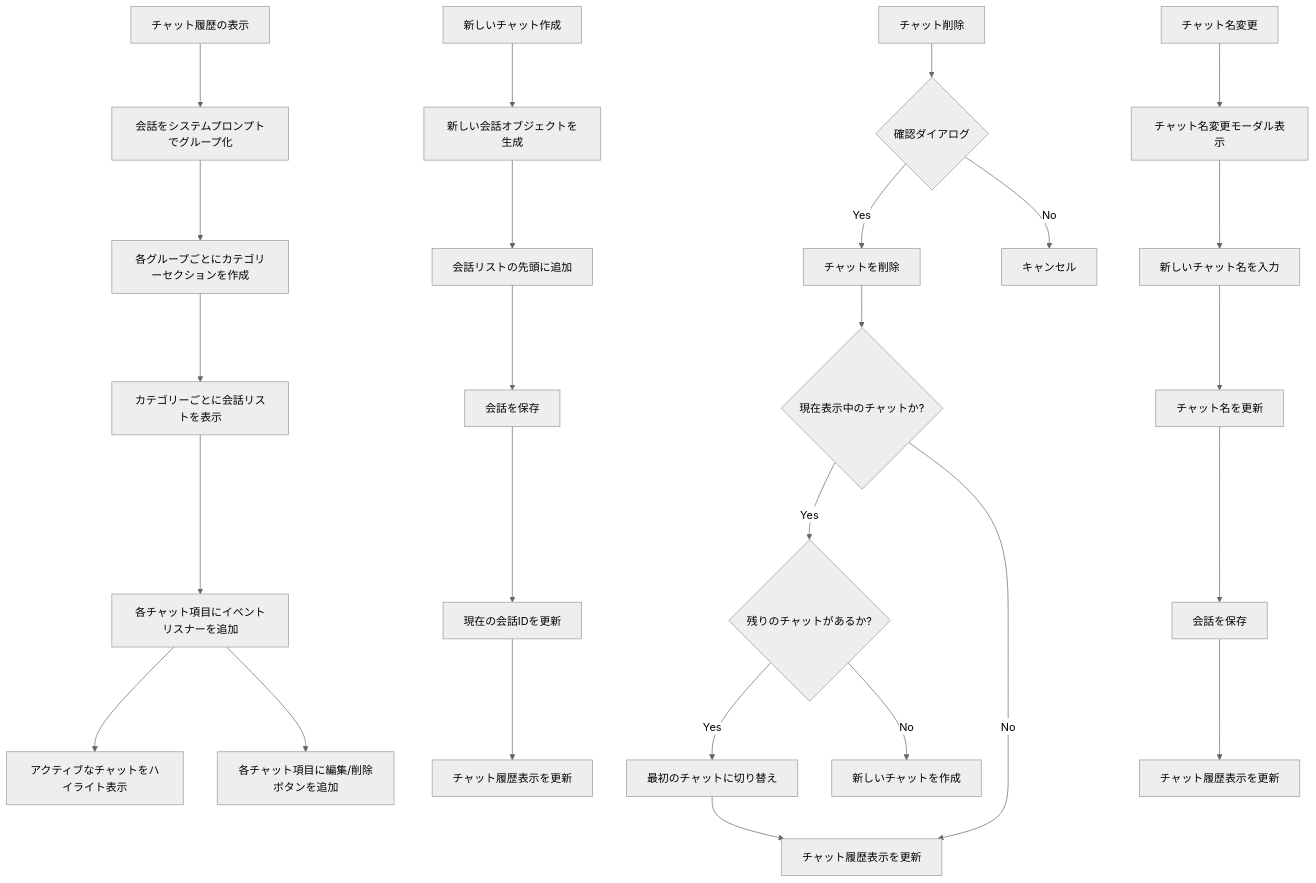
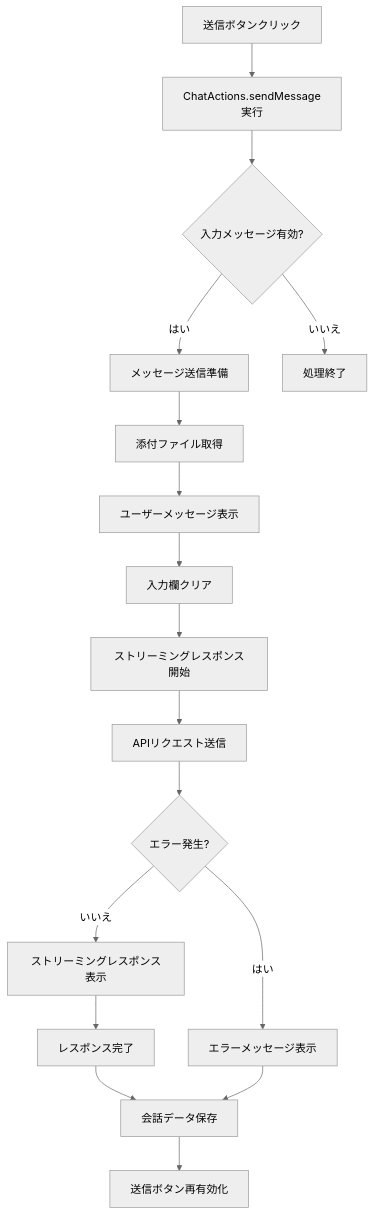
One commit to SuperPyonchiX/ChatBot changed the fifth of 9 diagrams in ChatBot_設計仕様書.md. Above: the diagram before and after it, drawn with Mermaid (neutral theme). The commit also changed other lines of this file, not shown here.

````diff
--- a/ChatBot_設計仕様書.md
+++ b/ChatBot_設計仕様書.md
@@ -327,31 +1199,19 @@
 ```mermaid
 flowchart TD
-    A[チャット履歴の表示] --> B[会話をシステムプロンプトでグループ化]
-    B --> C[各グループごとにカテゴリーセクションを作成]
-    C --> D[カテゴリーごとに会話リストを表示]
-    D --> E[各チャット項目にイベントリスナーを追加]
-    E --> F[アクティブなチャットをハイライト表示]
-    E --> G[各チャット項目に編集/削除ボタンを追加]
-    
-    H[新しいチャット作成] --> I[新しい会話オブジェクトを生成]
-    I --> J[会話リストの先頭に追加]
-    J --> K[会話を保存]
-    K --> L[現在の会話IDを更新]
-    L --> M[チャット履歴表示を更新]
-    
-    N[チャット削除] --> O{確認ダイアログ}
-    O -->|Yes| P[チャットを削除]
-    O -->|No| Q[キャンセル]
-    P --> R{現在表示中のチャットか?}
-    R -->|Yes| S{残りのチャットがあるか?}
-    S -->|Yes| T[最初のチャットに切り替え]
-    S -->|No| U[新しいチャットを作成]
-    R -->|No| V[チャット履歴表示を更新]
-    T --> V
-    
-    W[チャット名変更] --> X[チャット名変更モーダル表示]
-    X --> Y[新しいチャット名を入力]
-    Y --> Z[チャット名を更新]
-    Z --> AA[会話を保存]
-    AA --> AB[チャット履歴表示を更新]
+    A[送信ボタンクリック] --> B[ChatActions.sendMessage実行]
+    B --> C{入力メッセージ有効?}
+    C -->|はい| D[メッセージ送信準備]
+    C -->|いいえ| Z[処理終了]
+    D --> E[添付ファイル取得]
+    E --> F[ユーザーメッセージ表示]
+    F --> G[入力欄クリア]
+    G --> H[ストリーミングレスポンス開始]
+    H --> I[APIリクエスト送信]
+    I --> J{エラー発生?}
+    J -->|はい| K[エラーメッセージ表示]
+    J -->|いいえ| L[ストリーミングレスポンス表示]
+    L --> M[レスポンス完了]
+    M --> N[会話データ保存]
+    K --> N
+    N --> O[送信ボタン再有効化]
 ```
````
